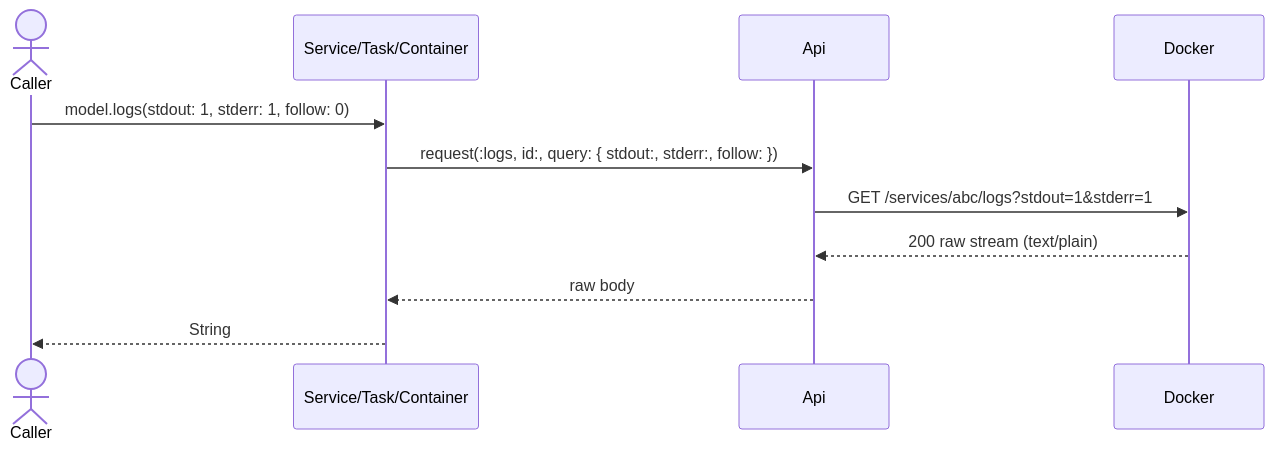
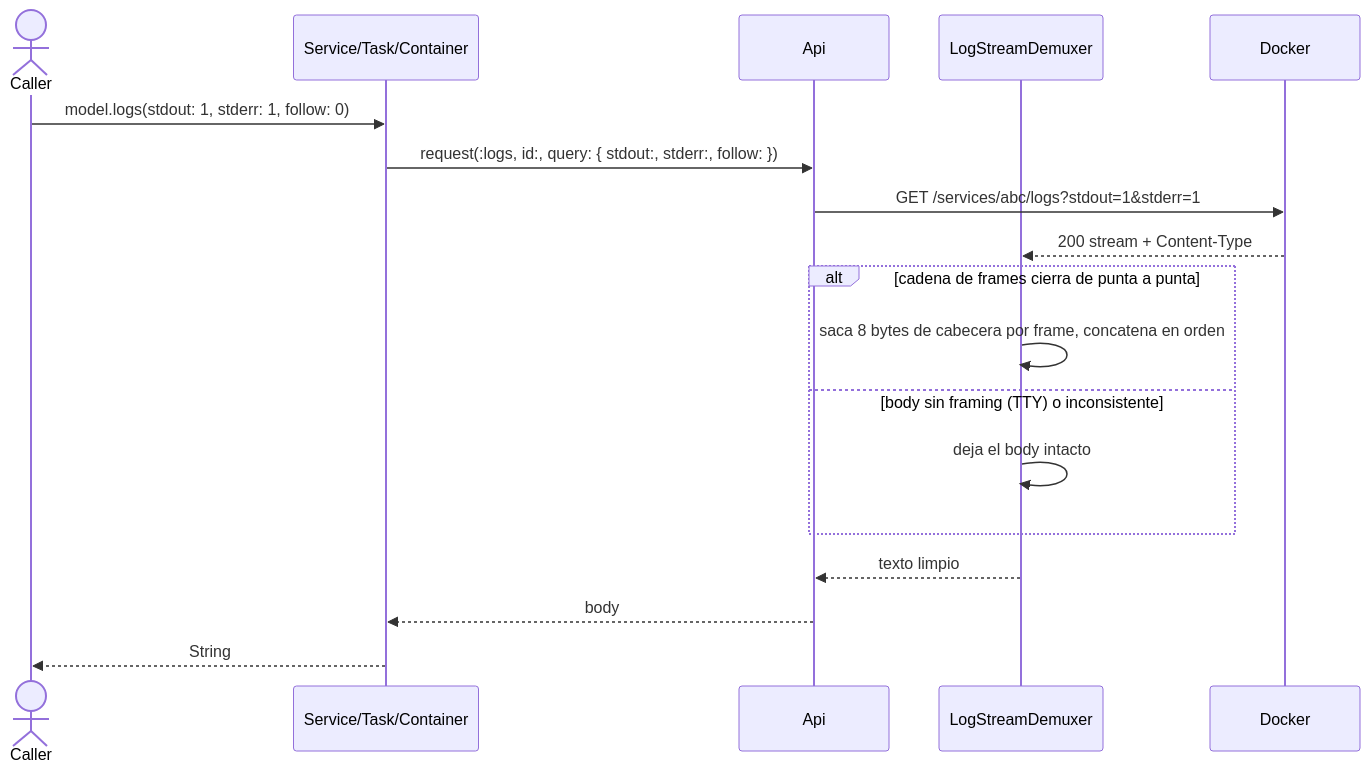
The eighth of 11 diagrams in docs/behavior/behavior.md (gedera/docker-swarm), drawn with Mermaid before and after one commit. The commit also changed other lines of this file and 15 other files, not shown here.

First line of the commit message:
feat(container,logs): create con nombre por query string + demux del stream de logs (ADR-025 cl. 1 y 3) (#28)

````diff
--- a/docs/behavior/behavior.md
+++ b/docs/behavior/behavior.md
@@ -217,14 +217,21 @@
 ```mermaid
 sequenceDiagram
     actor Caller
     participant Model as Service/Task/Container
     participant Api
+    participant Demux as LogStreamDemuxer
     participant Docker
 
     Caller->>Model: model.logs(stdout: 1, stderr: 1, follow: 0)
     Model->>Api: request(:logs, id:, query: { stdout:, stderr:, follow: })
     Api->>Docker: GET /services/abc/logs?stdout=1&stderr=1
-    Docker-->>Api: 200 raw stream (text/plain)
-    Api-->>Model: raw body
+    Docker-->>Demux: 200 stream + Content-Type
+    alt cadena de frames cierra de punta a punta
+        Demux->>Demux: saca 8 bytes de cabecera por frame, concatena en orden
+    else body sin framing (TTY) o inconsistente
+        Demux->>Demux: deja el body intacto
+    end
+    Demux-->>Api: texto limpio
+    Api-->>Model: body
     Model-->>Caller: String
 ```
````
